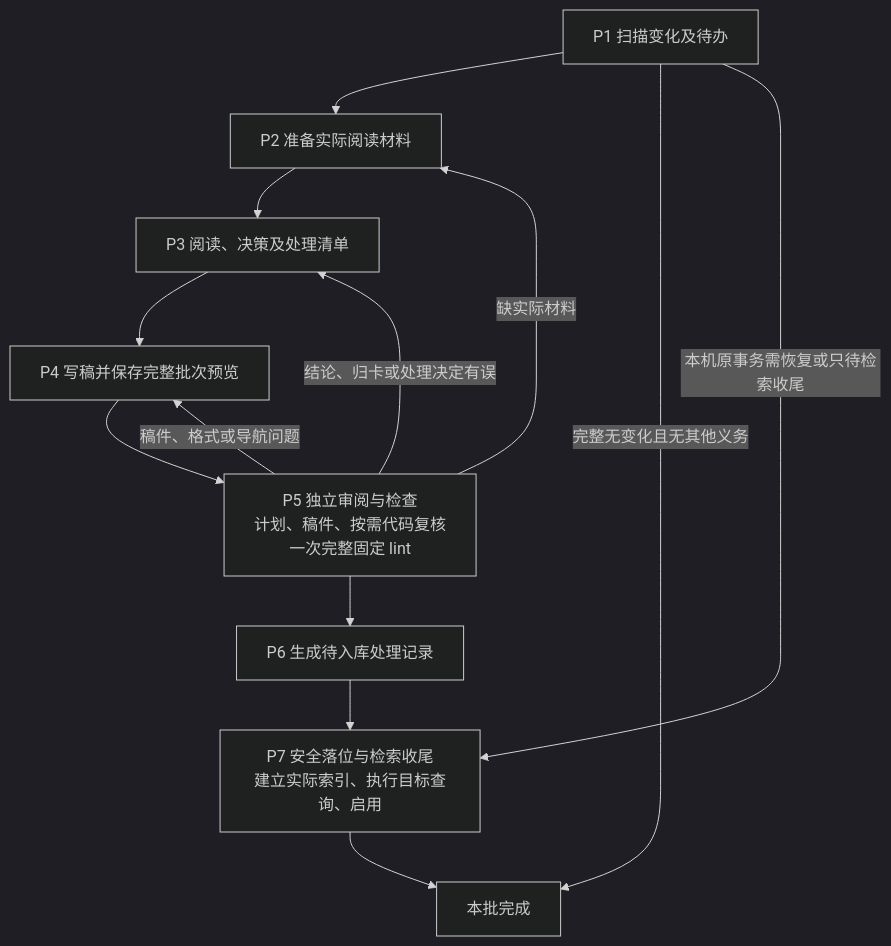
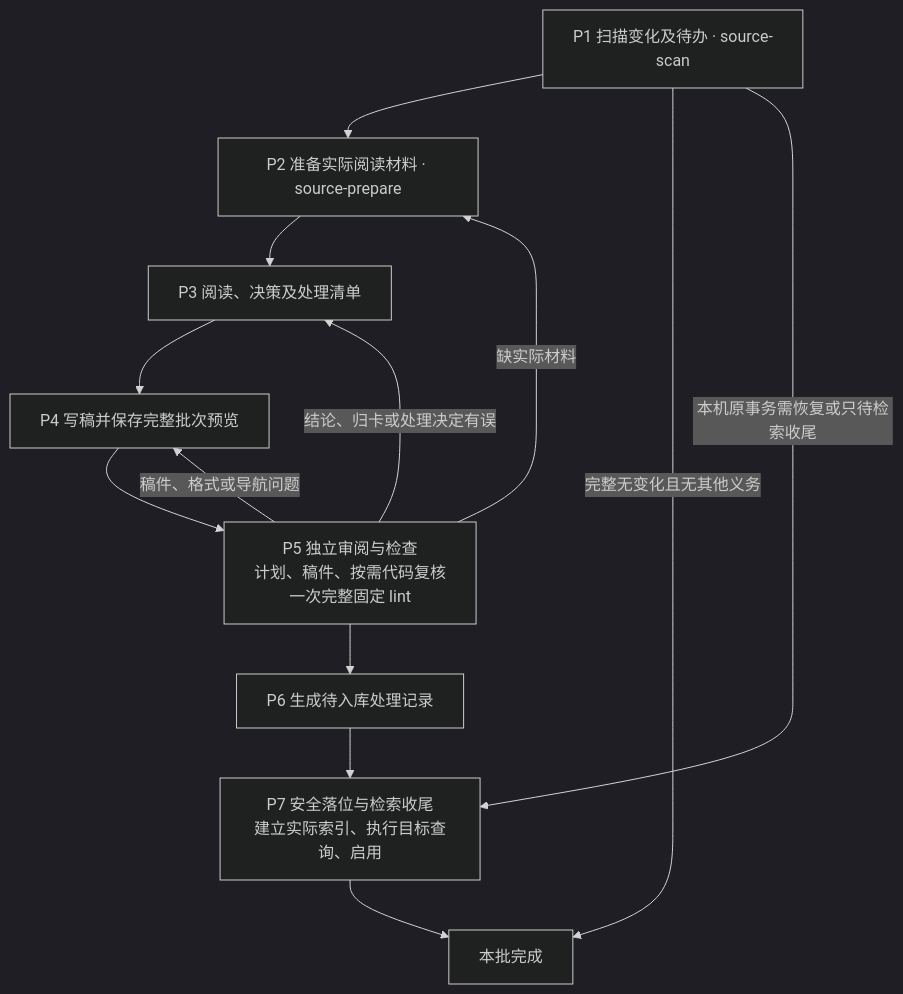
One commit to Robin-hhc/FactumCore changed the diagram in ingest七阶段重构设计.md. Above: the diagram before and after it, drawn with Mermaid (dark theme). The commit also changed other lines of this file and 7 other files, not shown here.

````diff
--- a/ingest七阶段重构设计.md
+++ b/ingest七阶段重构设计.md
@@ -15,17 +15,17 @@
 ```mermaid
 flowchart TD
-    P1["P1 扫描变化及待办"]
-    P2["P2 准备实际阅读材料"]
+    P1["P1 扫描变化及待办 · source-scan"]
+    P2["P2 准备实际阅读材料 · source-prepare"]
     P3["P3 阅读、决策及处理清单"]
     P4["P4 写稿并保存完整批次预览"]
     P5["P5 独立审阅与检查<br/>计划、稿件、按需代码复核<br/>一次完整固定 lint"]
     P6["P6 生成待入库处理记录"]
     P7["P7 安全落位与检索收尾<br/>建立实际索引、执行目标查询、启用"]
     END["本批完成"]
     P1 --> P2 --> P3 --> P4 --> P5 --> P6 --> P7 --> END
     P1 -->|"完整无变化且无其他义务"| END
     P1 -->|"本机原事务需恢复或只待检索收尾"| P7
     P5 -->|"缺实际材料"| P2
     P5 -->|"结论、归卡或处理决定有误"| P3
     P5 -->|"稿件、格式或导航问题"| P4
 ```
````
